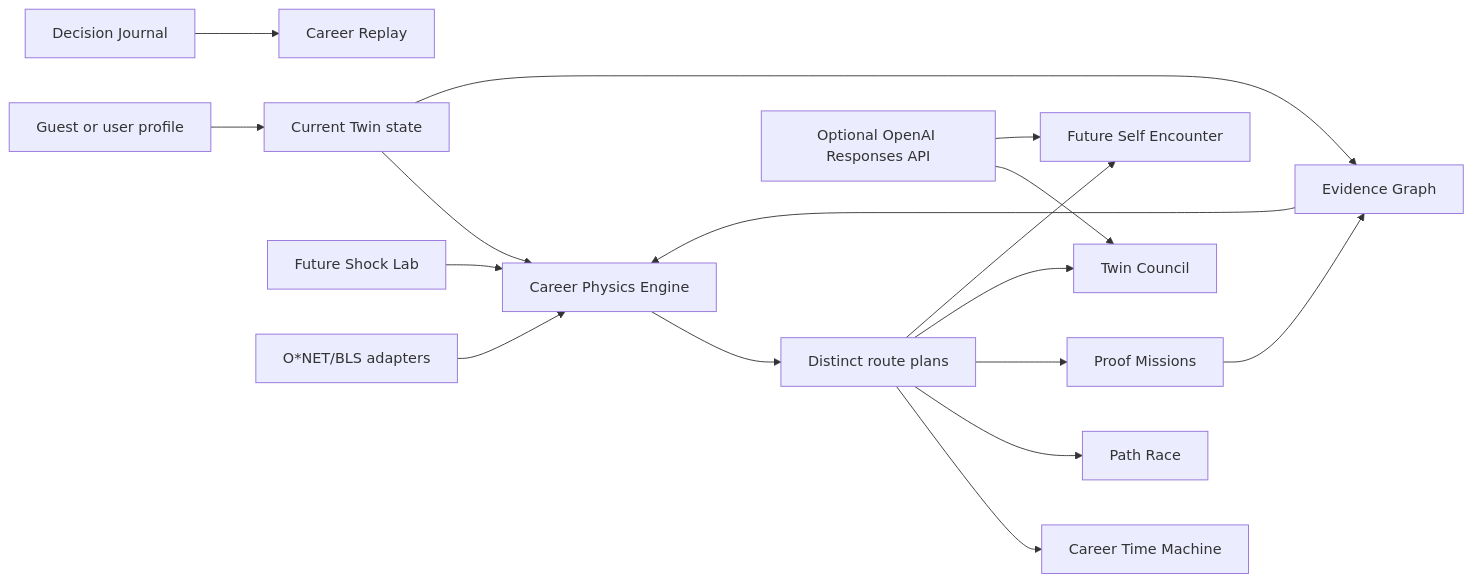
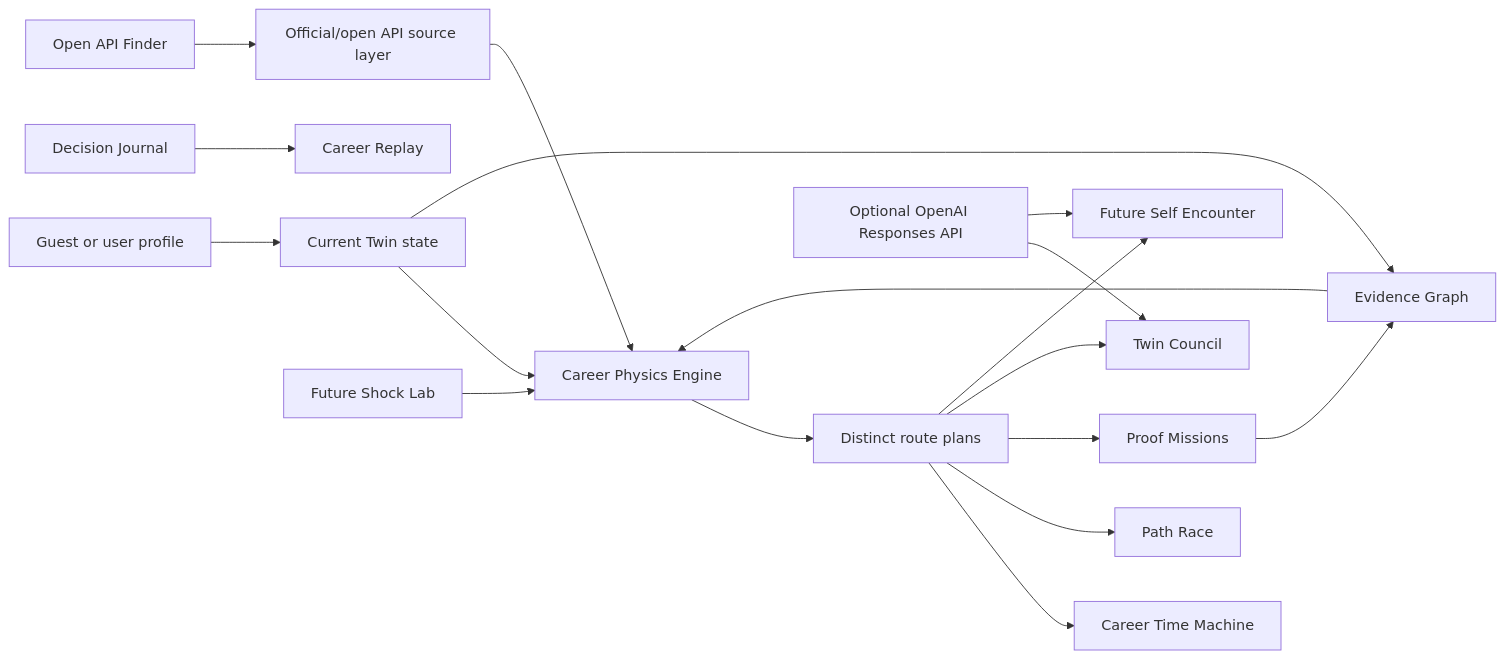
One commit to Tyrrellkdlemons/career-twin-os changed the diagram in docs/ARCHITECTURE.md. Above: the diagram before and after it, drawn with Mermaid. The commit also changed other lines of this file and 13 other files, not shown here.

Commit message:
Add API Finder and motion-rich UI

````diff
--- a/docs/ARCHITECTURE.md
+++ b/docs/ARCHITECTURE.md
@@ -3,19 +3,20 @@
 ```mermaid
 flowchart LR
   User["Guest or user profile"] --> Twin["Current Twin state"]
   Twin --> Engine["Career Physics Engine"]
   Engine --> Routes["Distinct route plans"]
   Routes --> TimeMachine["Career Time Machine"]
   Routes --> PathRace["Path Race"]
   Routes --> Missions["Proof Missions"]
   Twin --> Evidence["Evidence Graph"]
+  ApiFinder["Open API Finder"] --> Market
   Routes --> Council["Twin Council"]
   Routes --> FutureSelf["Future Self Encounter"]
   Decisions["Decision Journal"] --> Replay["Career Replay"]
   Evidence --> Engine
   Missions --> Evidence
   Shocks["Future Shock Lab"] --> Engine
-  Market["O*NET/BLS adapters"] --> Engine
+  Market["Official/open API source layer"] --> Engine
   AI["Optional OpenAI Responses API"] --> Council
   AI --> FutureSelf
 ```
````
